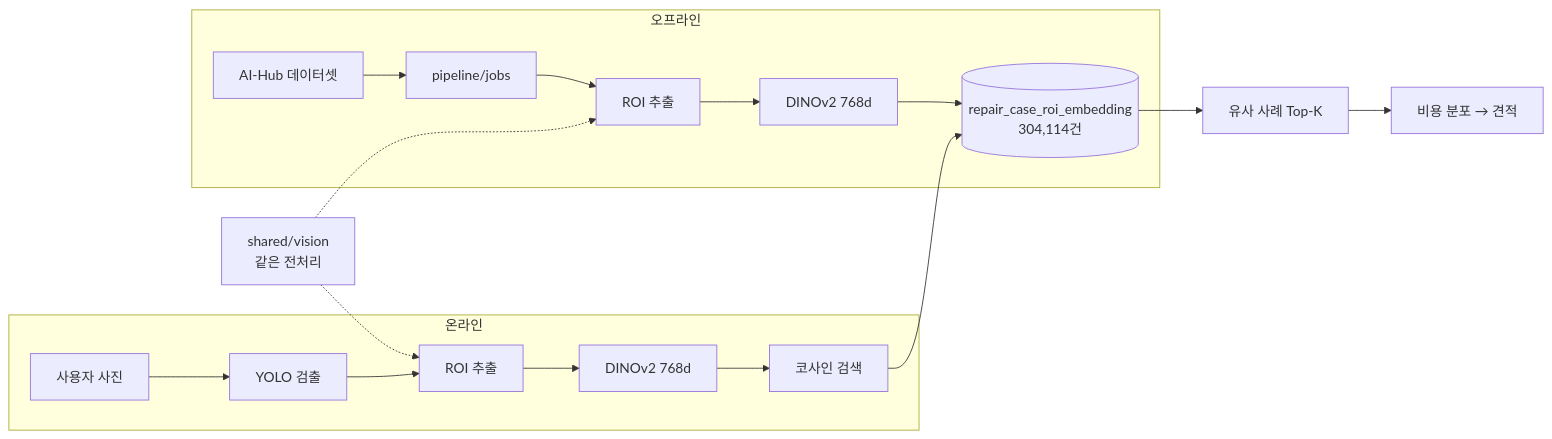
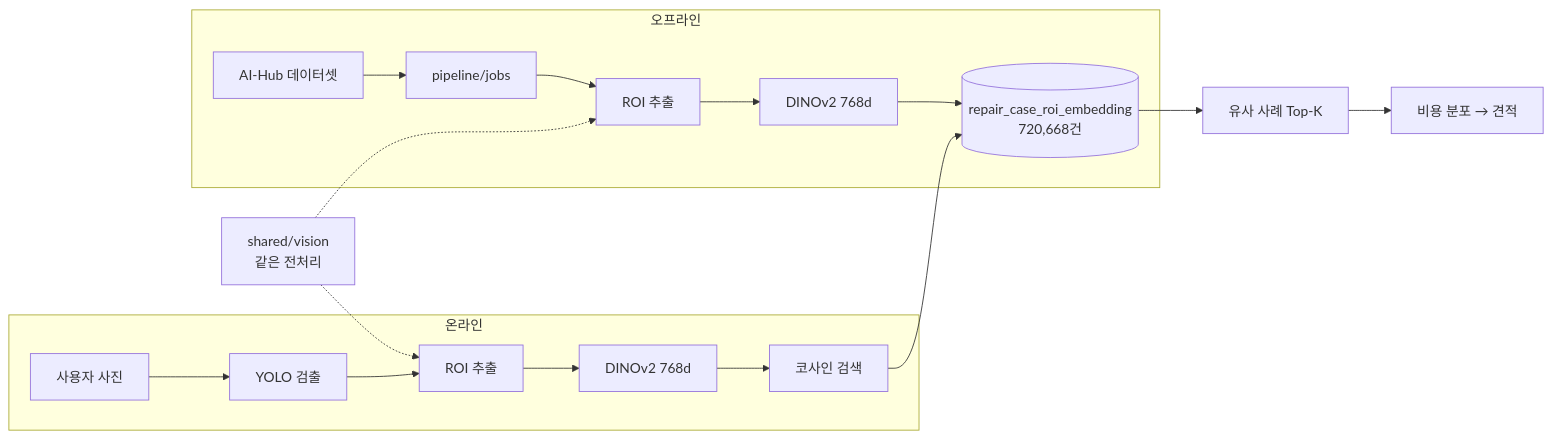
The fifth of 5 diagrams in 통합_기술문서/diagrams/전체_아키텍처.md (seoboyoung18/Noca), drawn with Mermaid before and after one commit. The commit also changed 19 other files, not shown here.

````diff
--- a/통합_기술문서/diagrams/전체_아키텍처.md
+++ b/통합_기술문서/diagrams/전체_아키텍처.md
@@ -143,20 +143,20 @@
 ```mermaid
 flowchart LR
     subgraph ON["온라인"]
         IMG["사용자 사진"] --> DET["YOLO 검출"]
         DET --> ROI1["ROI 추출"]
         ROI1 --> EMB1["DINOv2 768d"]
         EMB1 --> SRCH["코사인 검색"]
     end
     subgraph OFF["오프라인"]
         AIHUB["AI-Hub 데이터셋"] --> PIPE["pipeline/jobs"]
         PIPE --> ROI2["ROI 추출"]
         ROI2 --> EMB2["DINOv2 768d"]
-        EMB2 --> CORP[("repair_case_roi_embedding<br/>304,114건")]
+        EMB2 --> CORP[("repair_case_roi_embedding<br/>720,668건")]
     end
     SRCH --> CORP
     CORP --> RES["유사 사례 Top-K"]
     RES --> COST["비용 분포 → 견적"]
     SH2["shared/vision<br/>같은 전처리"] -.-> ROI1
     SH2 -.-> ROI2
 ```
````
